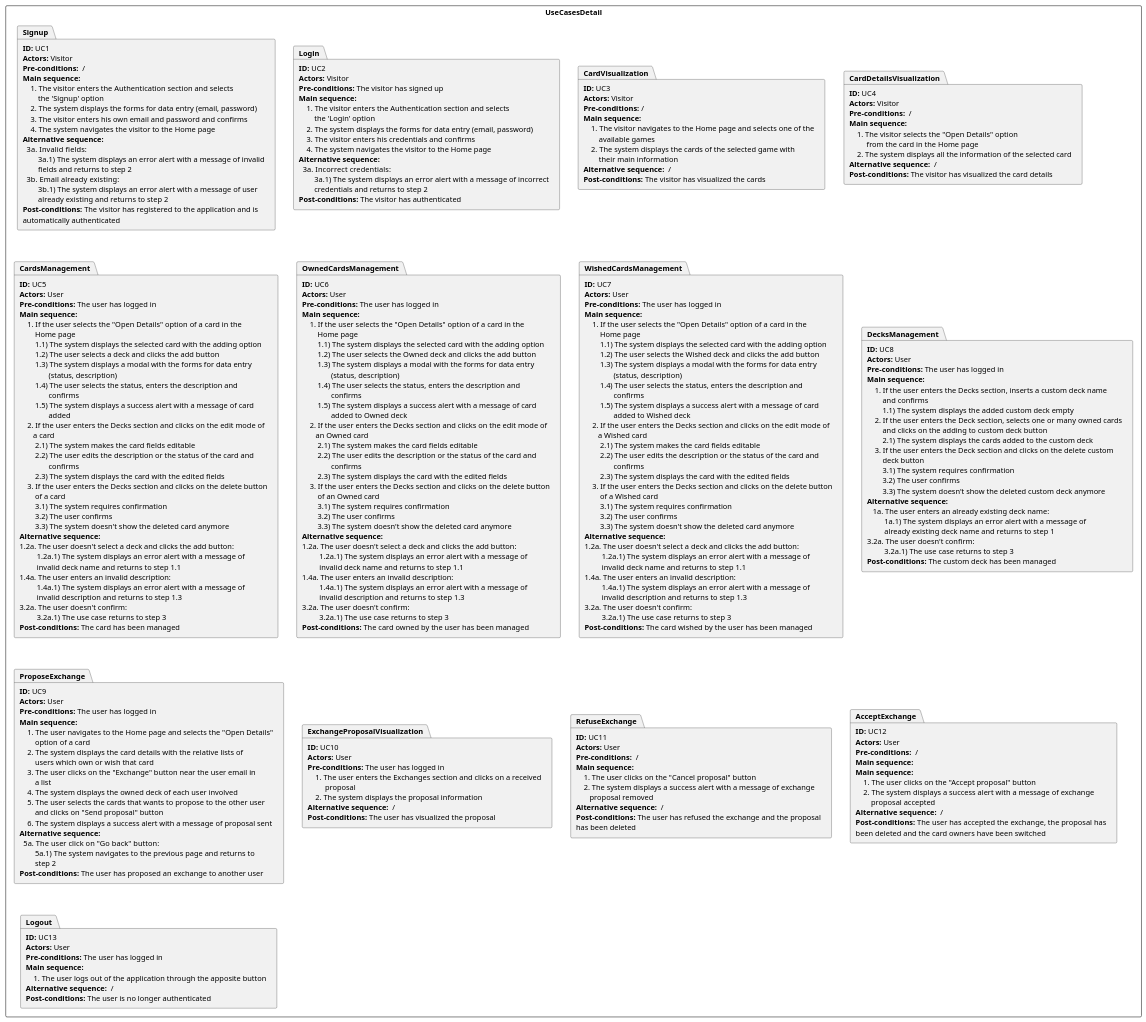
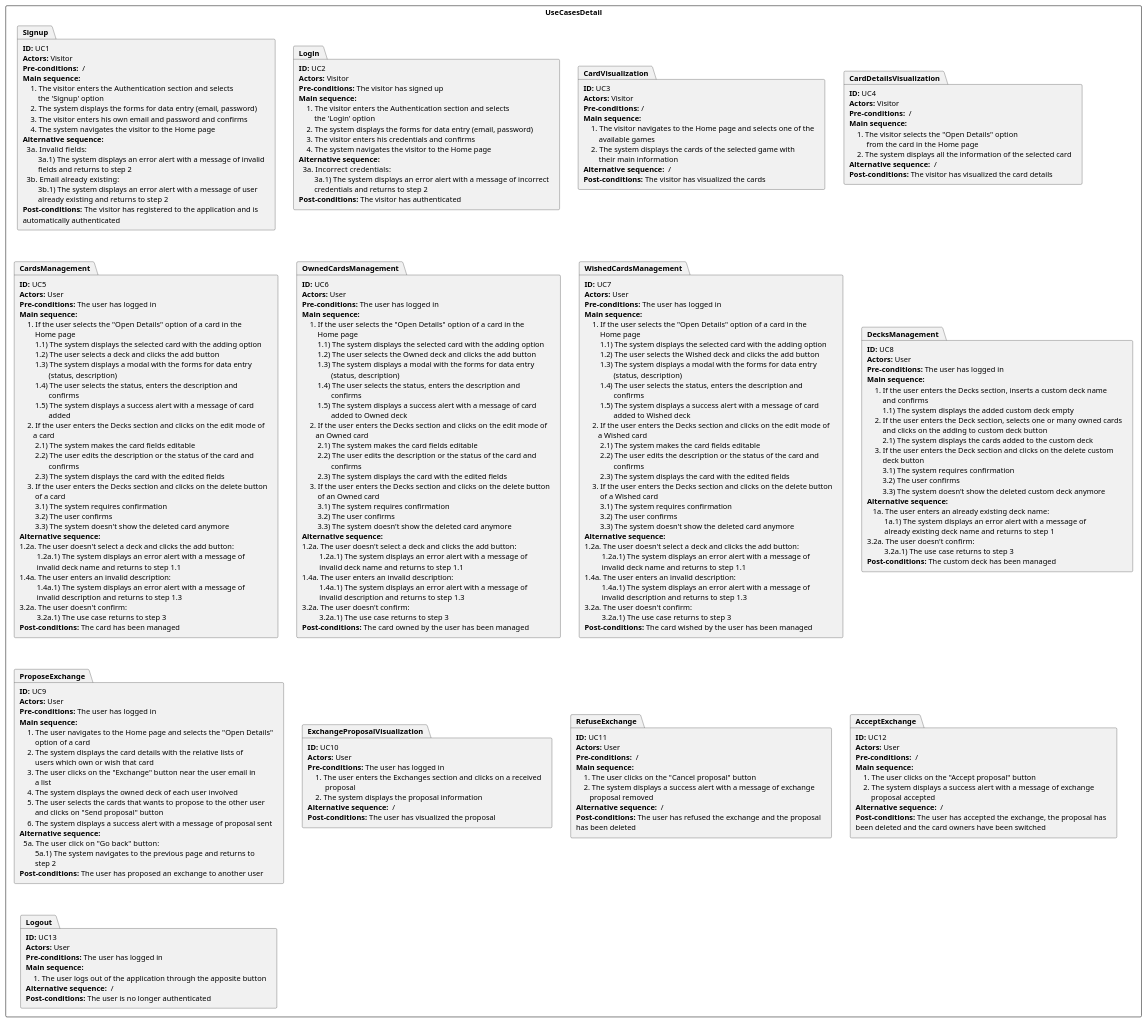
One commit to alessioarcara/Card-Exchange changed the diagram in DOC/Inception/Artifacts/UseCasesModel/UseCasesDetail.puml. Above: the diagram before and after it, drawn with PlantUML. The commit also changed 1 other file, not shown here.

```diff
--- a/DOC/Inception/Artifacts/UseCasesModel/UseCasesDetail.puml
+++ b/DOC/Inception/Artifacts/UseCasesModel/UseCasesDetail.puml
@@ -254,7 +254,6 @@
     **Actors:** User
     **Pre-conditions:**  /
     **Main sequence:**
-    **Main sequence:**
         1. The user clicks on the "Accept proposal" button
         2. The system displays a success alert with a message of exchange
             proposal accepted
```
